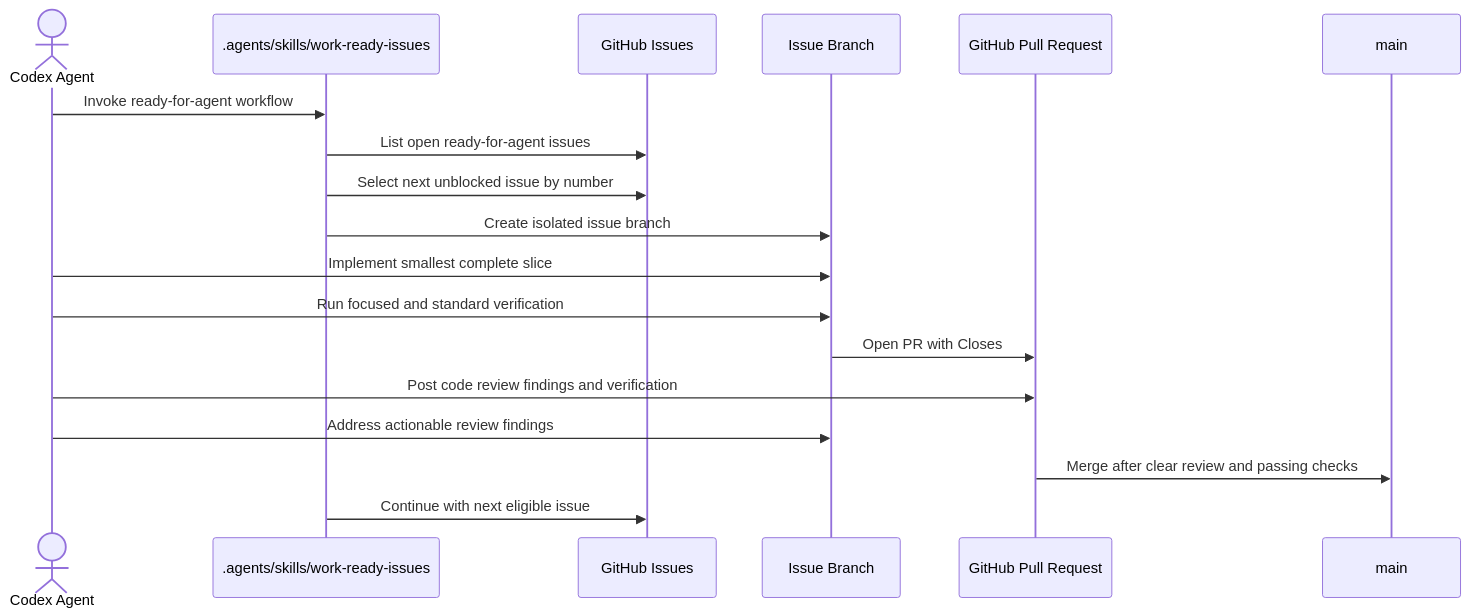
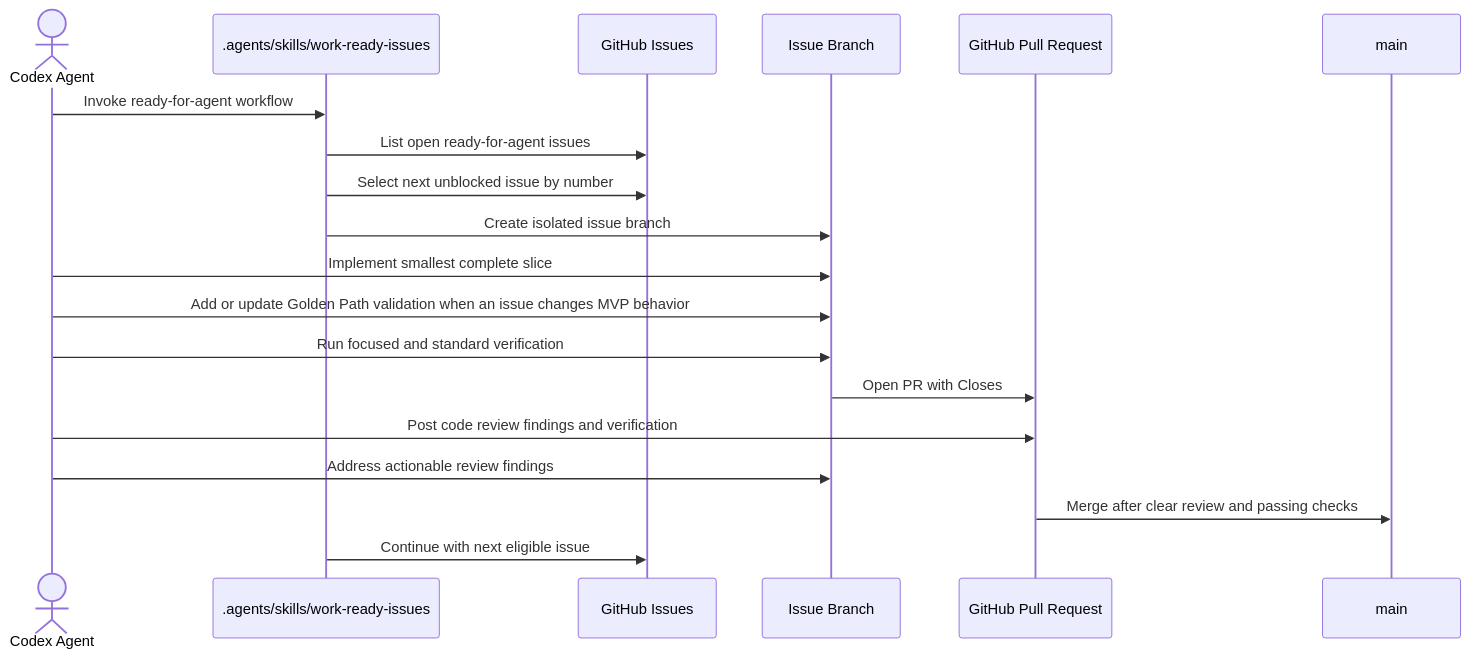
One commit to ryenski/Ledgerly-MVP changed the fourth of 4 diagrams in docs/architecture.md. Above: the diagram before and after it, drawn with Mermaid. The commit also changed other lines of this file and 2 other files, not shown here.

First line of the commit message:
Prove the Golden Path with MVP validation (#28)

````diff
--- a/docs/architecture.md
+++ b/docs/architecture.md
@@ -307,21 +314,22 @@
 ```mermaid
 sequenceDiagram
   actor Agent as Codex Agent
   participant Skill as .agents/skills/work-ready-issues
   participant Issues as GitHub Issues
   participant Branch as Issue Branch
   participant PR as GitHub Pull Request
   participant Main as main
 
   Agent->>Skill: Invoke ready-for-agent workflow
   Skill->>Issues: List open ready-for-agent issues
   Skill->>Issues: Select next unblocked issue by number
   Skill->>Branch: Create isolated issue branch
   Agent->>Branch: Implement smallest complete slice
+  Agent->>Branch: Add or update Golden Path validation when an issue changes MVP behavior
   Agent->>Branch: Run focused and standard verification
   Branch->>PR: Open PR with Closes #issue
   Agent->>PR: Post code review findings and verification
   Agent->>Branch: Address actionable review findings
   PR->>Main: Merge after clear review and passing checks
   Skill->>Issues: Continue with next eligible issue
 ```
````
